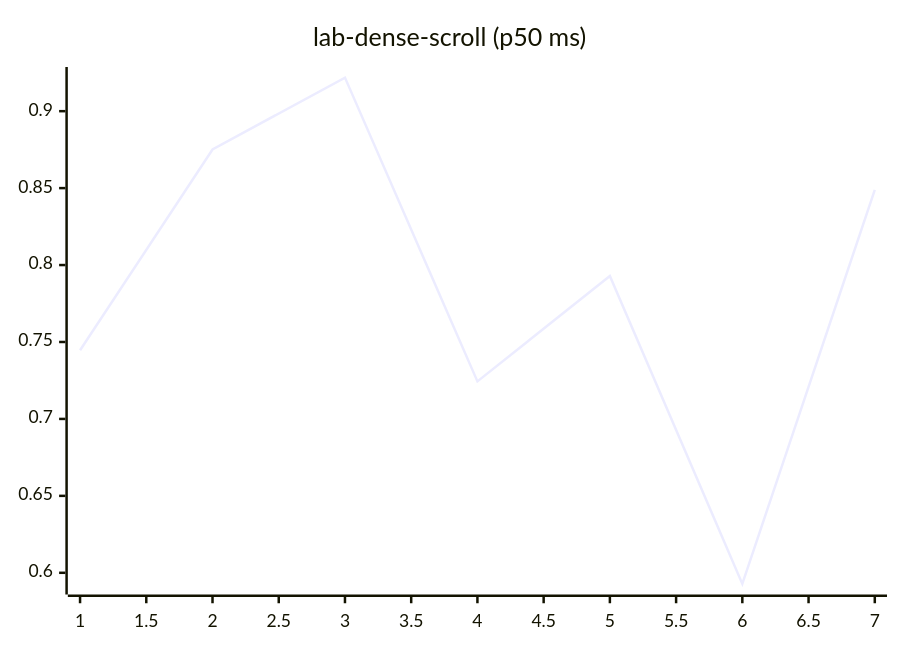
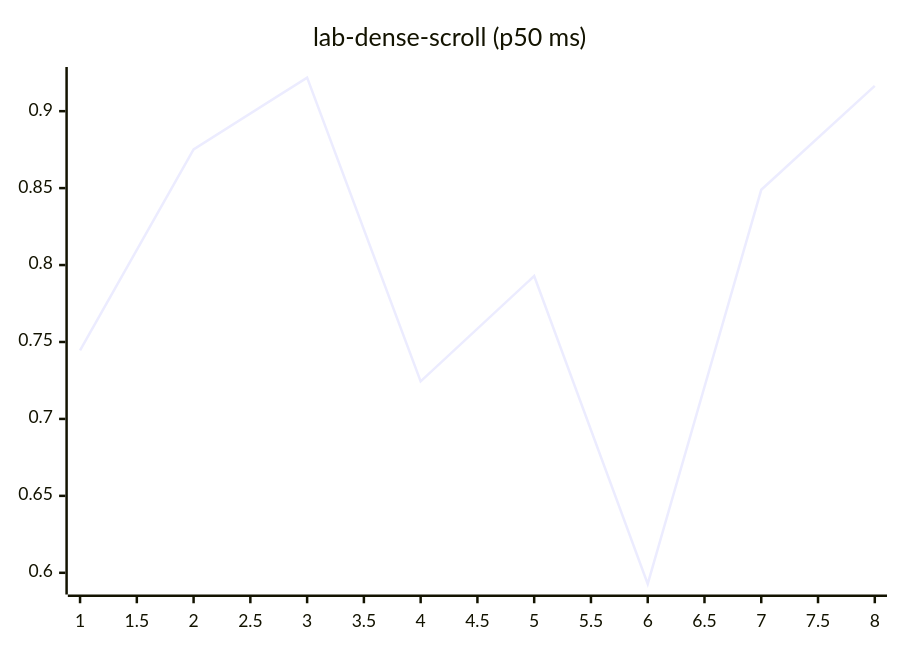
Before and after one commit to josha/Facet: diagram 12 of 27 in README.md, drawn with Mermaid. The commit also changed other lines of this file and 2 other files, not shown here.

````diff
--- a/README.md
+++ b/README.md
@@ -140,6 +140,6 @@
 ```mermaid
 xychart-beta
     title "lab-dense-scroll (p50 ms)"
-    x-axis 1 --> 7
-    line [0.7446, 0.8751, 0.9218, 0.7244, 0.7929, 0.5928, 0.8489]
+    x-axis 1 --> 8
+    line [0.7446, 0.8751, 0.9218, 0.7244, 0.7929, 0.5928, 0.8489, 0.9164]
 ```
````
